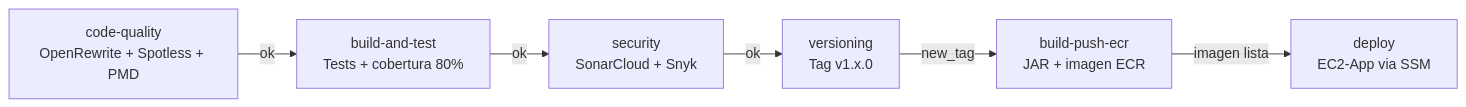
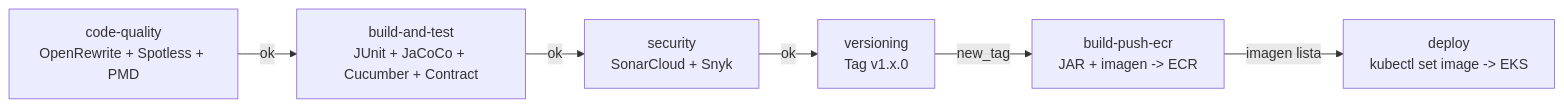
The diagram in README.md (ikevin-p/ep03-backend), drawn with Mermaid before and after one commit. The commit also changed other lines of this file, not shown here.

Commit message:
docs: actualizar README con arquitectura y CI/CD reales (EKS, no EC2+SSM)

````diff
--- a/README.md
+++ b/README.md
@@ -413,8 +428,14 @@
 ```mermaid
 flowchart LR
-    A["code-quality\nOpenRewrite + Spotless + PMD"] -->|ok| B["build-and-test\nTests + cobertura 80%"]
-    B -->|ok| C["security\nSonarCloud + Snyk"]
-    C -->|ok| D["versioning\nTag v1.x.0"]
-    D -->|new_tag| E["build-push-ecr\nJAR + imagen ECR"]
-    E -->|imagen lista| F["deploy\nEC2-App via SSM"]
+    A["code-quality
+OpenRewrite + Spotless + PMD"] -->|ok| B["build-and-test
+JUnit + JaCoCo + Cucumber + Contract"]
+    B -->|ok| C["security
+SonarCloud + Snyk"]
+    C -->|ok| D["versioning
+Tag v1.x.0"]
+    D -->|new_tag| E["build-push-ecr
+JAR + imagen -> ECR"]
+    E -->|imagen lista| F["deploy
+kubectl set image -> EKS"]
 ```
````
